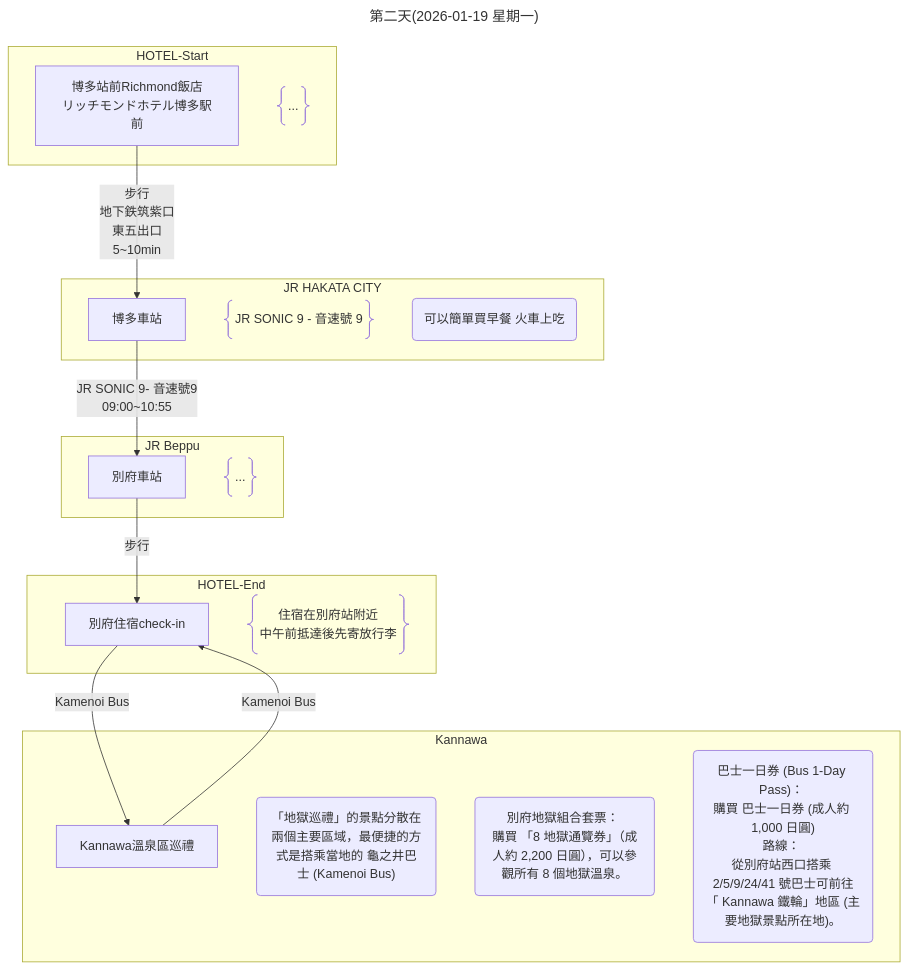
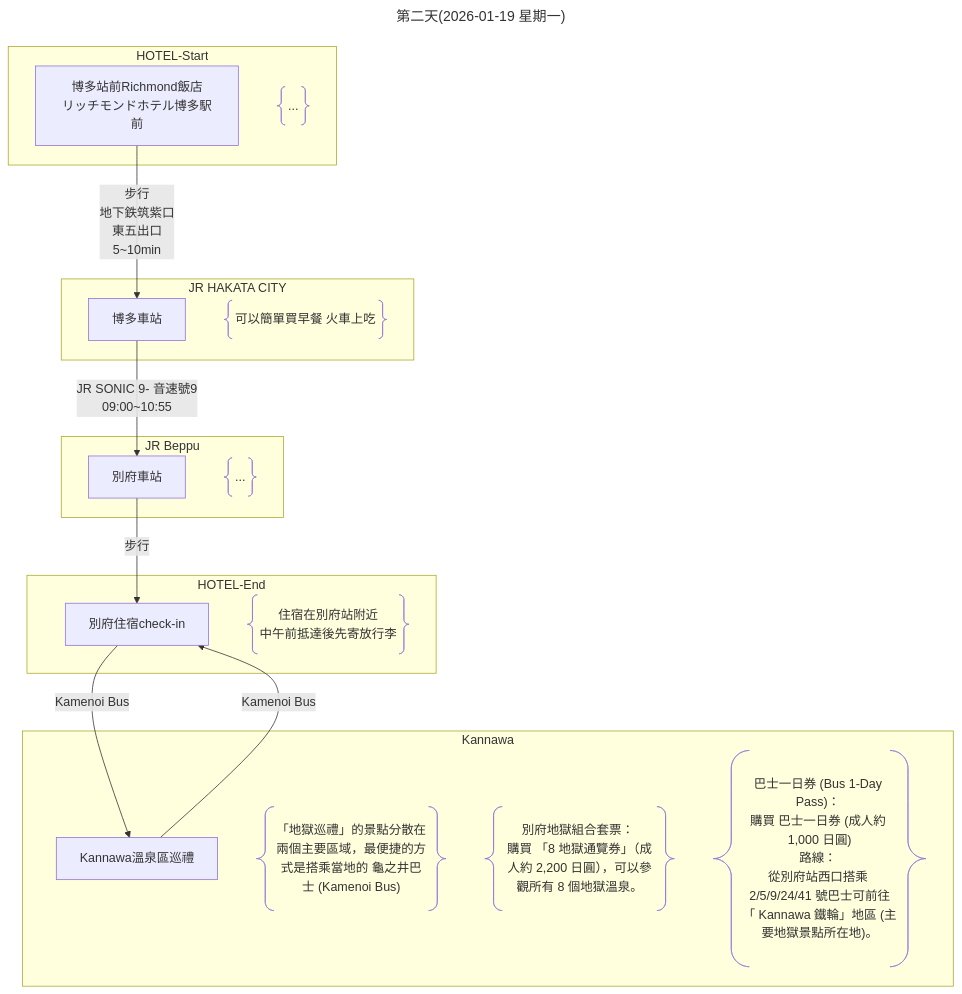
One commit to Shuming-Yang/2026-January-Trip changed the second of 2 diagrams in 行程規劃.md. Above: the diagram before and after it, drawn with Mermaid. The commit also changed other lines of this file, not shown here.

````diff
--- a/行程規劃.md
+++ b/行程規劃.md
@@ -74,34 +74,33 @@
 ```mermaid
 ---
 title: 第二天(2026-01-19 星期一)
 ---
 flowchart
     subgraph HOTEL-Start
         A[博多站前Richmond飯店<br>リッチモンドホテル博多駅前]
         A1@{ shape: braces, label: "..." }
     end
     subgraph JR HAKATA CITY
         B[博多車站]
-        B1@{ shape: braces, label: "JR SONIC 9 - 音速號 9" }
-        B2@{ shape: rounded, label: "可以簡單買早餐 火車上吃"}
+        B1@{ shape: braces, label: "可以簡單買早餐 火車上吃" }
     end
     subgraph JR Beppu
         C[別府車站]
         C1@{ shape: braces, label: "..." }
     end
     subgraph HOTEL-End
         D[別府住宿check-in]
         D1@{ shape: braces, label: "住宿在別府站附近<br>中午前抵達後先寄放行李" }
     end
     subgraph Kannawa
         E[Kannawa溫泉區巡禮]
-        E1@{ shape: rounded, label: "「地獄巡禮」的景點分散在兩個主要區域，最便捷的方式是搭乘當地的 龜之井巴士 (Kamenoi Bus)"}
-        E2@{ shape: rounded, label: "別府地獄組合套票： <br>購買 「8 地獄通覽券」（成人約 2,200 日圓），可以參觀所有 8 個地獄溫泉。"}
-        E3@{ shape: rounded, label: "巴士一日券 (Bus 1-Day Pass)： <br>購買 巴士一日券 (成人約 1,000 日圓)<br>路線： <br>從別府站西口搭乘 2/5/9/24/41 號巴士可前往「 Kannawa 鐵輪」地區 (主要地獄景點所在地)。"}
+        E1@{ shape: braces, label: "「地獄巡禮」的景點分散在兩個主要區域，最便捷的方式是搭乘當地的 龜之井巴士 (Kamenoi Bus)"}
+        E2@{ shape: braces, label: "別府地獄組合套票： <br>購買 「8 地獄通覽券」（成人約 2,200 日圓），可以參觀所有 8 個地獄溫泉。"}
+        E3@{ shape: braces, label: "巴士一日券 (Bus 1-Day Pass)： <br>購買 巴士一日券 (成人約 1,000 日圓)<br>路線： <br>從別府站西口搭乘 2/5/9/24/41 號巴士可前往「 Kannawa 鐵輪」地區 (主要地獄景點所在地)。"}
     end
     A --> |步行<br>地下鉄筑紫口<br>東五出口<br>5~10min| B
     B --> |JR SONIC 9- 音速號9<br>09:00~10:55| C
     C --> |步行| D
     D --> |Kamenoi Bus| E
     E --> |Kamenoi Bus| D
 ```
````
